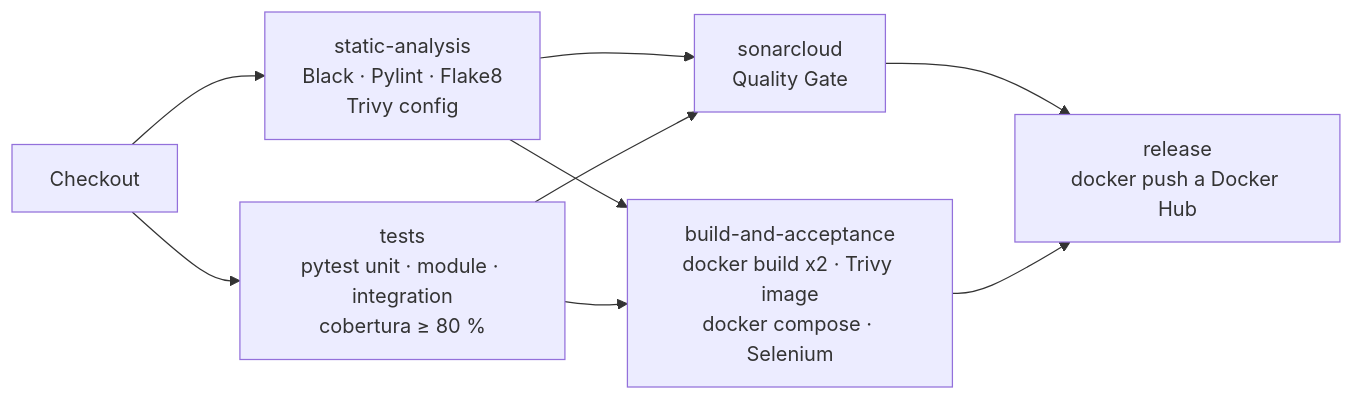
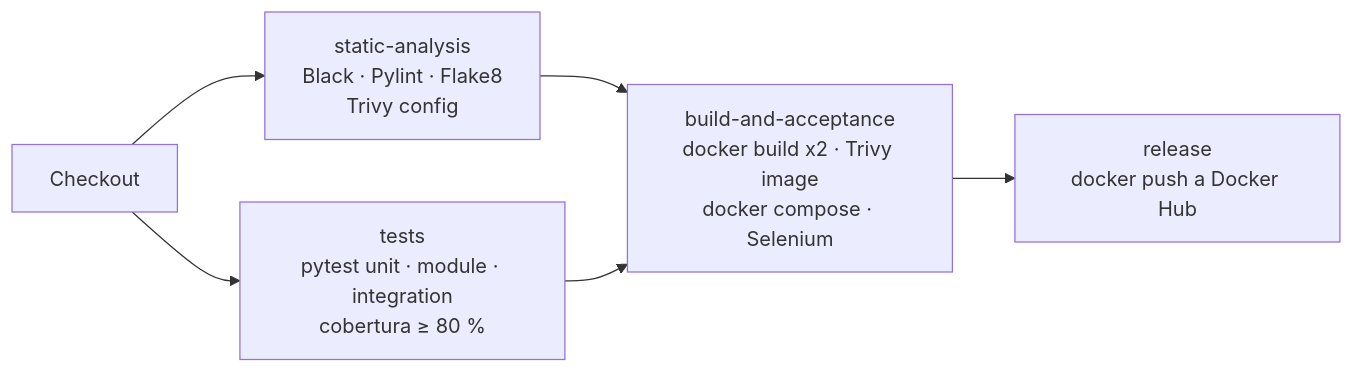
Before and after one commit to SantiagoAlvP/proyecto_passforge: the diagram in README.md, drawn with Mermaid. The commit also changed other lines of this file and 2 other files, not shown here.

````diff
--- a/README.md
+++ b/README.md
@@ -112,11 +112,8 @@
 ```mermaid
 flowchart LR
     A[Checkout] --> SA[static-analysis<br/>Black · Pylint · Flake8<br/>Trivy config]
     A --> T[tests<br/>pytest unit · module · integration<br/>cobertura ≥ 80 %]
-    SA --> S[sonarcloud<br/>Quality Gate]
-    T --> S
     SA --> B[build-and-acceptance<br/>docker build x2 · Trivy image<br/>docker compose · Selenium]
     T --> B
-    S --> R[release<br/>docker push a Docker Hub]
-    B --> R
+    B --> R[release<br/>docker push a Docker Hub]
 ```
````
